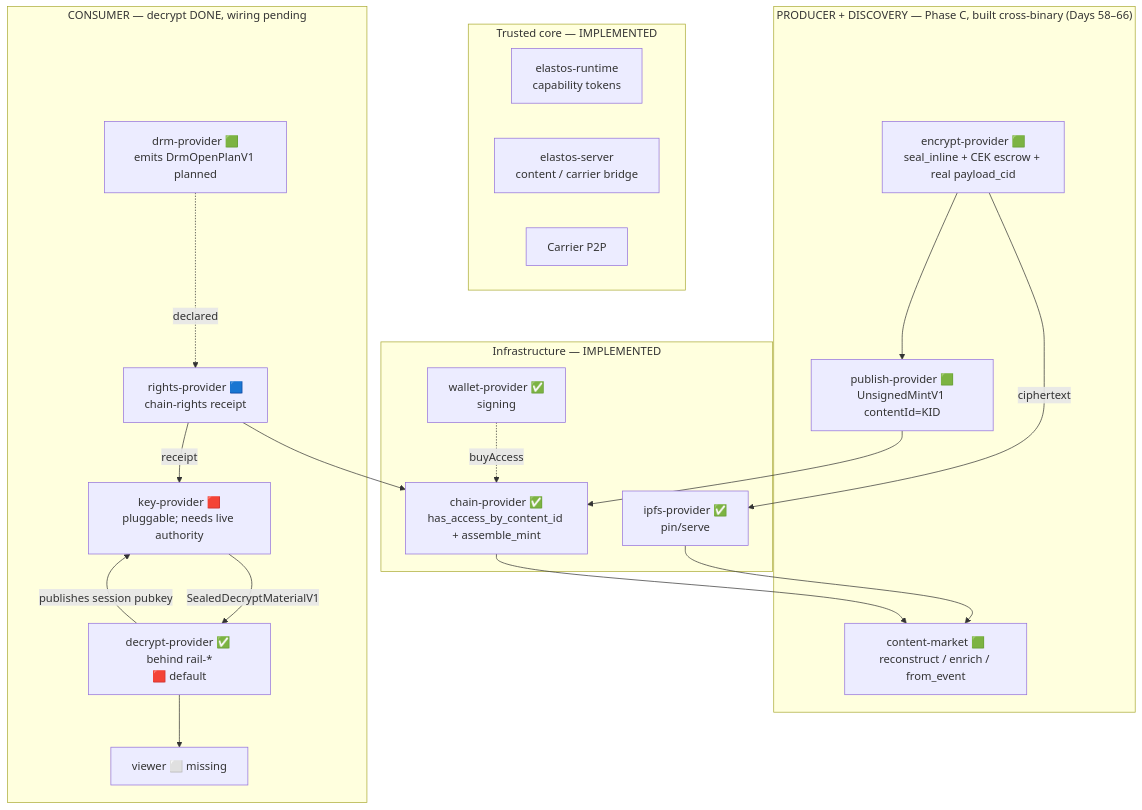
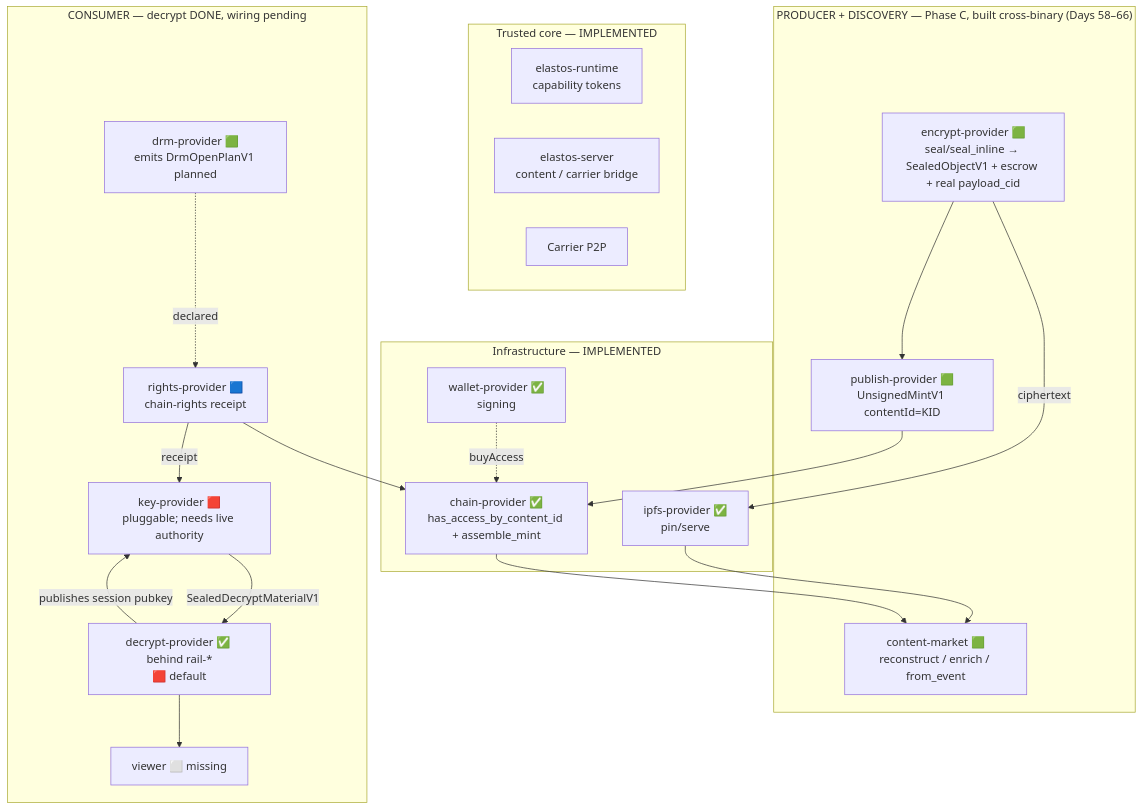
One commit to Elacity/elastos-runtime changed the first of 2 diagrams in docs/convergence/SYSTEM_ARCHITECTURE_MAP.md. Above: the diagram before and after it, drawn with Mermaid. The commit also changed other lines of this file and 8 other files, not shown here.

First line of the commit message:
ddrm(Day69/Phase C): encrypt-provider::seal runs the full production pipeline on handed-in bytes → complete SealedObjectV1

````diff
--- a/docs/convergence/SYSTEM_ARCHITECTURE_MAP.md
+++ b/docs/convergence/SYSTEM_ARCHITECTURE_MAP.md
@@ -121,32 +121,32 @@
 ```mermaid
 flowchart TB
   subgraph core["Trusted core — IMPLEMENTED"]
     RT[elastos-runtime<br/>capability tokens]
     SRV[elastos-server<br/>content / carrier bridge]
     CAR[Carrier P2P]
   end
   subgraph infra["Infrastructure — IMPLEMENTED"]
     IPFS[ipfs-provider ✅<br/>pin/serve]
     CHN[chain-provider ✅<br/>has_access_by_content_id + assemble_mint]
     WLT[wallet-provider ✅<br/>signing]
   end
   subgraph prod["PRODUCER + DISCOVERY — Phase C, built cross-binary (Days 58–66)"]
-    ENC[encrypt-provider 🟩<br/>seal_inline + CEK escrow + real payload_cid]
+    ENC[encrypt-provider 🟩<br/>seal/seal_inline → SealedObjectV1 + escrow + real payload_cid]
     PUBP[publish-provider 🟩<br/>UnsignedMintV1 contentId=KID]
     MKT[content-market 🟩<br/>reconstruct / enrich / from_event]
   end
   subgraph cons["CONSUMER — decrypt DONE, wiring pending"]
     DRM[drm-provider 🟩<br/>emits DrmOpenPlanV1 planned]
     RTS[rights-provider 🟦<br/>chain-rights receipt]
     KEY[key-provider 🟥<br/>pluggable; needs live authority]
     DEC[decrypt-provider ✅ behind rail-*<br/>🟥 default]
     VIEW[viewer ⬜ missing]
   end
   ENC --> PUBP --> CHN
   ENC -->|ciphertext| IPFS --> MKT
   CHN --> MKT
   WLT -. buyAccess .-> CHN
   DRM -. declared .-> RTS --> CHN
   RTS -->|receipt| KEY -->|SealedDecryptMaterialV1| DEC --> VIEW
   DEC -->|publishes session pubkey| KEY
 ```
````
